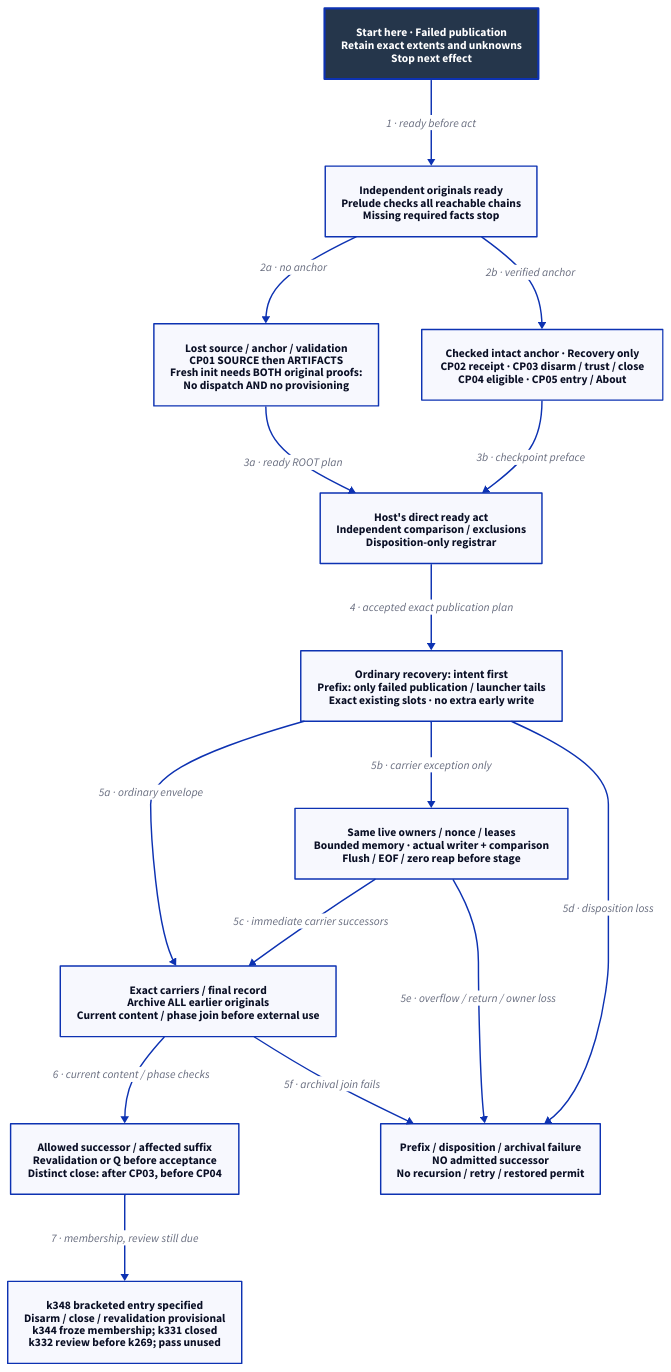
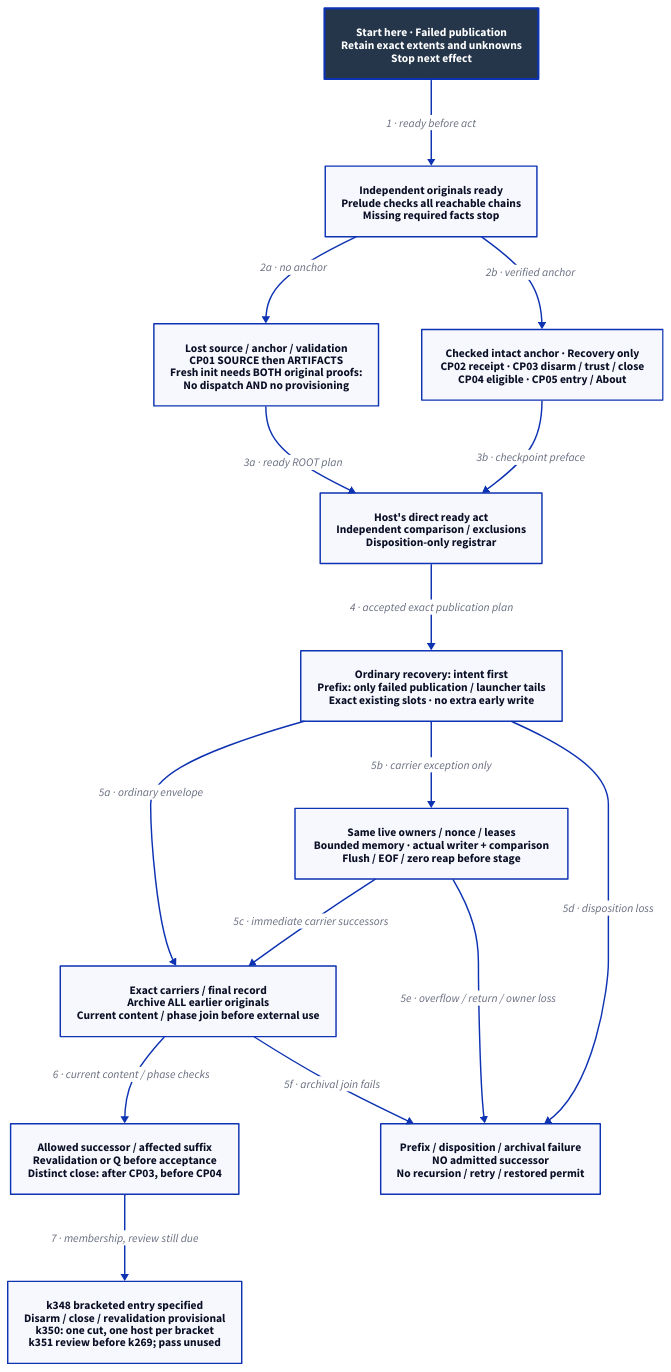
One commit to Linkuistics/Koine changed the diagram in docs/design/architecture/native-reference-admission.d2. Above: the diagram before and after it, drawn with D2. The commit also changed 30 other files, not shown here.

First line of the commit message:
Specify selection within an open inter-checkpoint bracket (reference-evidence-open-bracket-selection-k350)

```diff
--- a/docs/design/architecture/native-reference-admission.d2
+++ b/docs/design/architecture/native-reference-admission.d2
@@ -1,30 +1,30 @@
-# Hosted recovery and k348 bracketed entry; k344 closed k331; k332 review precedes use.
+# Hosted recovery, k348 entry, k350 open bracket; k351 review precedes use.
 direction: down
 classes: {
   start: {style: {fill: "#25364B"; font-color: "#FFFFFF"; bold: true; stroke-width: 3}}
 }
 Start: "Start here · Failed publication\nRetain exact extents and unknowns\nStop next effect" {class: start}
 Root: "Independent originals ready\nPrelude checks all reachable chains\nMissing required facts stop"
 Source: "Lost source / anchor / validation\nCP01 SOURCE then ARTIFACTS\nFresh init needs BOTH original proofs:\nNo dispatch AND no provisioning"
 Intact: "Checked intact anchor · Recovery only\nCP02 receipt · CP03 disarm / trust / close\nCP04 eligible · CP05 entry / About"
 Act: "Host's direct ready act\nIndependent comparison / exclusions\nDisposition-only registrar"
 Prefix: "Ordinary recovery: intent first\nPrefix: only failed publication / launcher tails\nExact existing slots · no extra early write"
 Memory: "Same live owners / nonce / leases\nBounded memory · actual writer + comparison\nFlush / EOF / zero reap before stage"
 Join: "Exact carriers / final record\nArchive ALL earlier originals\nCurrent content / phase join before external use"
 Next: "Allowed successor / affected suffix\nRevalidation or Q before acceptance\nDistinct close: after CP03, before CP04"
 Stop: "Prefix / disposition / archival failure\nNO admitted successor\nNo recursion / retry / restored permit"
-Whole: "k348 bracketed entry specified\nDisarm / close / revalidation provisional\nk344 froze membership; k331 closed\nk332 review before k269; pass unused"
+Whole: "k348 bracketed entry specified\nDisarm / close / revalidation provisional\nk350: one cut, one host per bracket\nk351 review before k269; pass unused"
 Start -> Root: "1 · ready before act"
 Root -> Source: "2a · no anchor"
 Root -> Intact: "2b · verified anchor"
 Source -> Act: "3a · ready ROOT plan"
 Intact -> Act: "3b · checkpoint preface"
 Act -> Prefix: "4 · accepted exact publication plan"
 Prefix -> Join: "5a · ordinary envelope"
 Prefix -> Memory: "5b · carrier exception only"
 Memory -> Join: "5c · immediate carrier successors"
 Join -> Next: "6 · current content / phase checks"
 Next -> Whole: "7 · membership, review still due"
 Prefix -> Stop: "5d · disposition loss"
 Memory -> Stop: "5e · overflow / return / owner loss"
 Join -> Stop: "5f · archival join fails"
```
